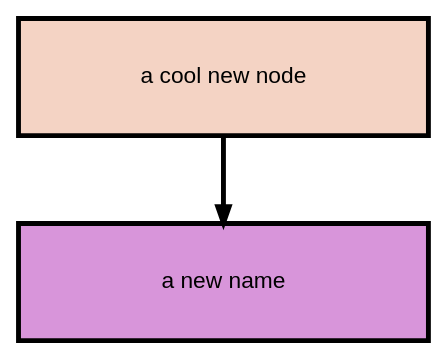
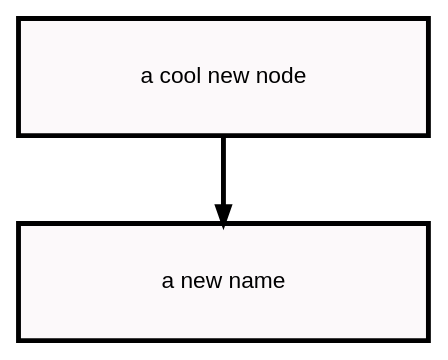
The diagram in examples/readme_example_1.presentation.dot (stevecooperorg/microdot), drawn with Graphviz before and after one commit. The commit also changed 10 other files, not shown here.

```diff
--- a/examples/readme_example_1.presentation.dot
+++ b/examples/readme_example_1.presentation.dot
@@ -1,12 +1,12 @@
 digraph {
 
     graph [fontname = "helvetica" rankdir=TB ranksep=0.75 nodesep=0.5];
     node [fontname = "helvetica" style="filled" shape=box height=1 width=3.5 penwidth=3];
     edge [fontname = "helvetica" penwidth=3 color="#000"];
 
-    "n0" [label="a cool new node" fillcolor="#F4D3C4" color="#000" fontcolor="#000"]
-    "n1" [label="a new name" fillcolor="#D895DA" color="#000" fontcolor="#000"]
+    "n0" [label="a cool new node" fillcolor="#FCF9FA" color="#000" fontcolor="#000"];
+    "n1" [label="a new name" fillcolor="#FCF9FA" color="#000" fontcolor="#000"];
 
     "n0" -> "n1";
 
 }
```
